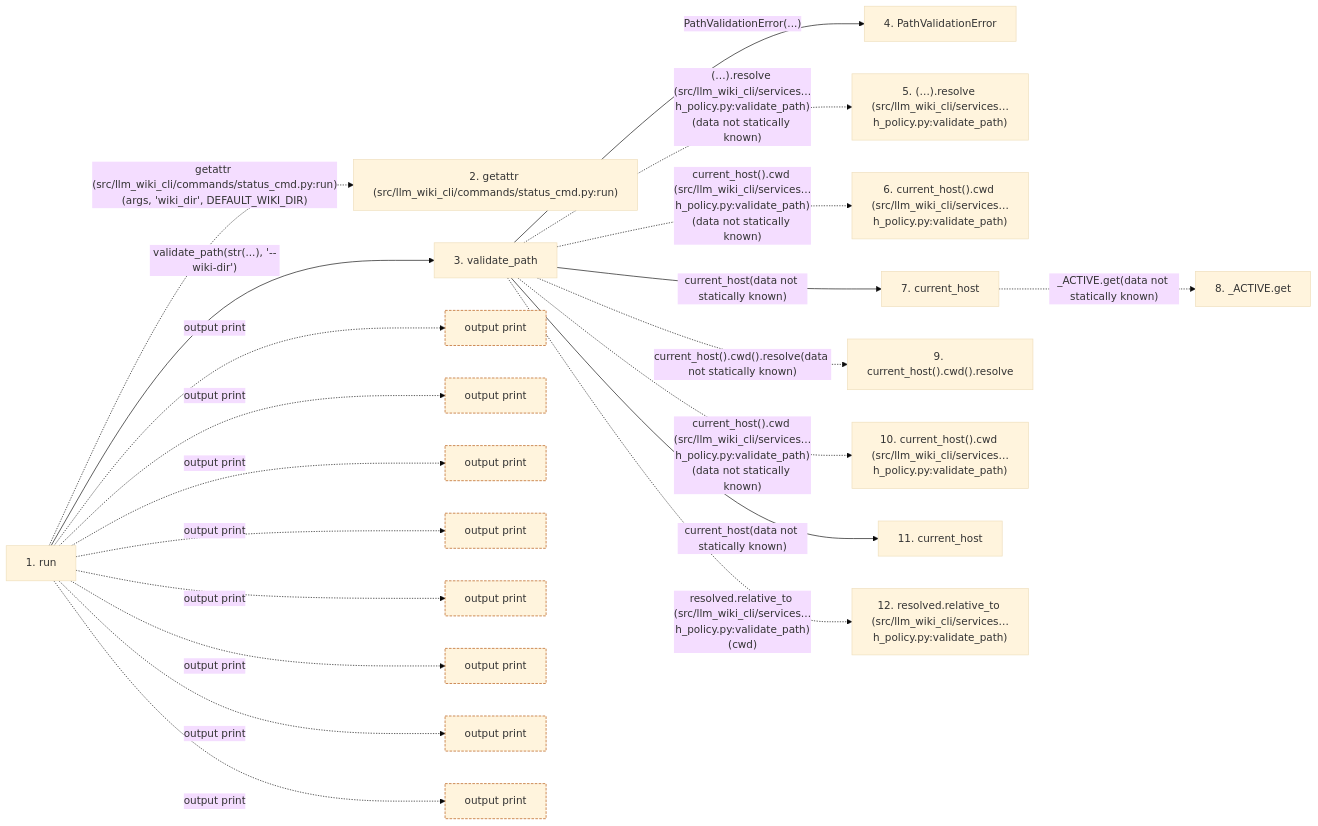
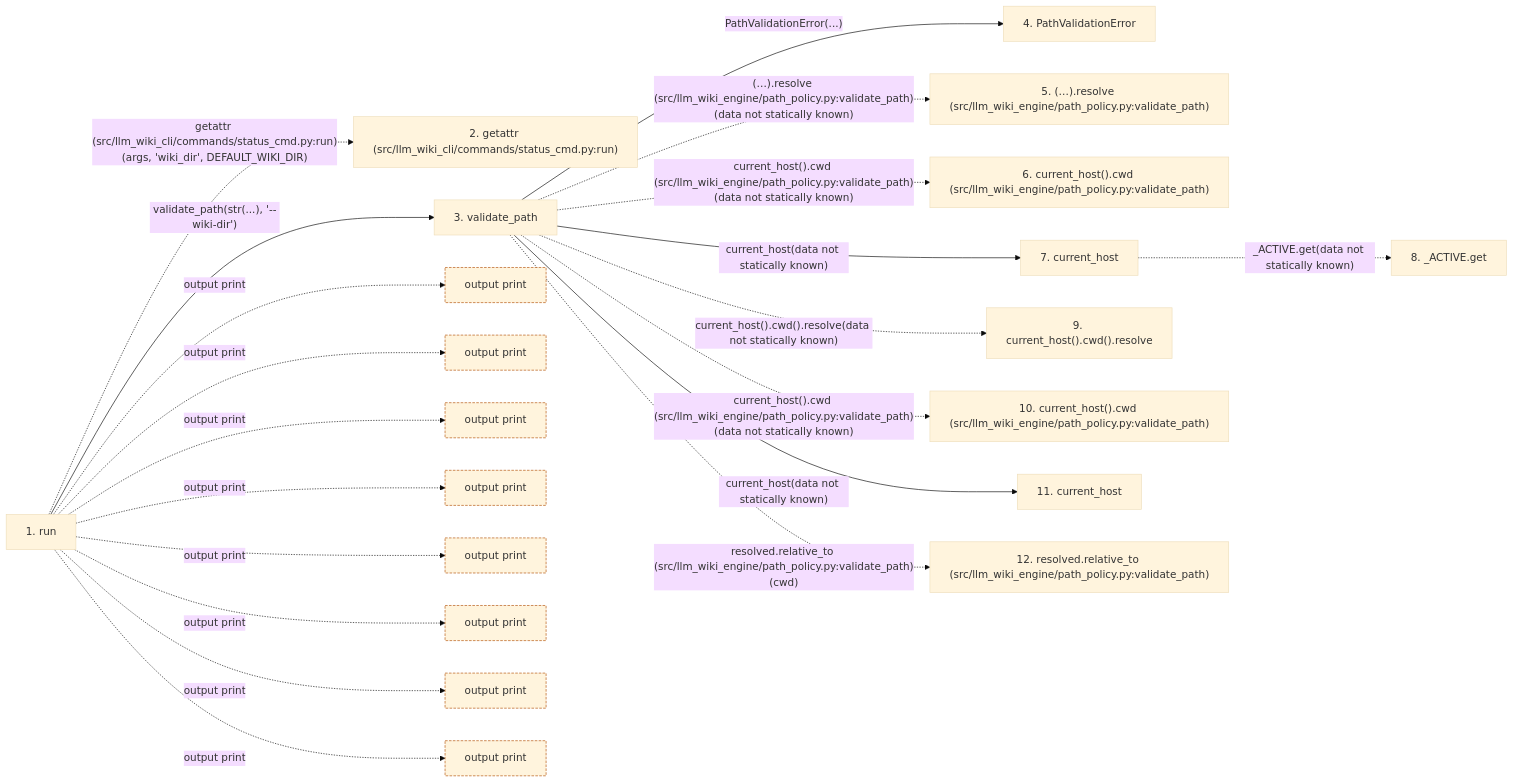
Before and after one commit to Denissvgn/python-wiki-llm: the second of 2 diagrams in docs/llm_wiki/flows/cli-status.md, drawn with Mermaid (base theme). The commit also changed other lines of this file and 739 other files, not shown here.

First line of the commit message:
docs: refresh the wiki for the second engine batch

````diff
--- a/docs/llm_wiki/flows/cli-status.md
+++ b/docs/llm_wiki/flows/cli-status.md
@@ -175,56 +175,56 @@
 ```mermaid
 flowchart LR
     s1["1. run"]
     s2["2. getattr (src/llm_wiki_cli/commands/status_cmd.py:run)"]
     s3["3. validate_path"]
     s4["4. PathValidationError"]
-    s5["5. (…).resolve (src/llm_wiki_cli/services…h_policy.py:validate_path)"]
-    s6["6. current_host().cwd (src/llm_wiki_cli/services…h_policy.py:validate_path)"]
+    s5["5. (…).resolve (src/llm_wiki_engine/path_policy.py:validate_path)"]
+    s6["6. current_host().cwd (src/llm_wiki_engine/path_policy.py:validate_path)"]
     s7["7. current_host"]
     s8["8. _ACTIVE.get"]
     s9["9. current_host().cwd().resolve"]
-    s10["10. current_host().cwd (src/llm_wiki_cli/services…h_policy.py:validate_path)"]
+    s10["10. current_host().cwd (src/llm_wiki_engine/path_policy.py:validate_path)"]
     s11["11. current_host"]
-    s12["12. resolved.relative_to (src/llm_wiki_cli/services…h_policy.py:validate_path)"]
+    s12["12. resolved.relative_to (src/llm_wiki_engine/path_policy.py:validate_path)"]
     s1 -. "getattr (src/llm_wiki_cli/commands/status_cmd.py:run)(args, 'wiki_dir', DEFAULT_WIKI_DIR)" .-> s2
     s1 -->|"validate_path(str(...), '--wiki-dir')"| s3
     s3 -->|"PathValidationError(...)"| s4
-    s3 -. "(…).resolve (src/llm_wiki_cli/services…h_policy.py:validate_path)(data not statically known)" .-> s5
-    s3 -. "current_host().cwd (src/llm_wiki_cli/services…h_policy.py:validate_path)(data not statically known)" .-> s6
+    s3 -. "(…).resolve (src/llm_wiki_engine/path_policy.py:validate_path)(data not statically known)" .-> s5
+    s3 -. "current_host().cwd (src/llm_wiki_engine/path_policy.py:validate_path)(data not statically known)" .-> s6
     s3 -->|"current_host(data not statically known)"| s7
     s7 -. "_ACTIVE.get(data not statically known)" .-> s8
     s3 -. "current_host().cwd().resolve(data not statically known)" .-> s9
-    s3 -. "current_host().cwd (src/llm_wiki_cli/services…h_policy.py:validate_path)(data not statically known)" .-> s10
+    s3 -. "current_host().cwd (src/llm_wiki_engine/path_policy.py:validate_path)(data not statically known)" .-> s10
     s3 -->|"current_host(data not statically known)"| s11
-    s3 -. "resolved.relative_to (src/llm_wiki_cli/services…h_policy.py:validate_path)(cwd)" .-> s12
+    s3 -. "resolved.relative_to (src/llm_wiki_engine/path_policy.py:validate_path)(cwd)" .-> s12
     b0["output print"]
     s1 -. "output print" .-> b0
     b1["output print"]
     s1 -. "output print" .-> b1
     b2["output print"]
     s1 -. "output print" .-> b2
     b3["output print"]
     s1 -. "output print" .-> b3
     b4["output print"]
     s1 -. "output print" .-> b4
     b5["output print"]
     s1 -. "output print" .-> b5
     b6["output print"]
     s1 -. "output print" .-> b6
     b7["output print"]
     s1 -. "output print" .-> b7
     click s1 "../modules/status_cmd.md"
     click s3 "../modules/path_policy.md"
     click s4 "../modules/path_policy.md"
     click s7 "../modules/host.md"
     click s11 "../modules/host.md"
     classDef boundary stroke:#b45309,stroke-dasharray: 4 2
     class b0 boundary
     class b1 boundary
     class b2 boundary
     class b3 boundary
     class b4 boundary
     class b5 boundary
     class b6 boundary
     class b7 boundary
 ```
````
